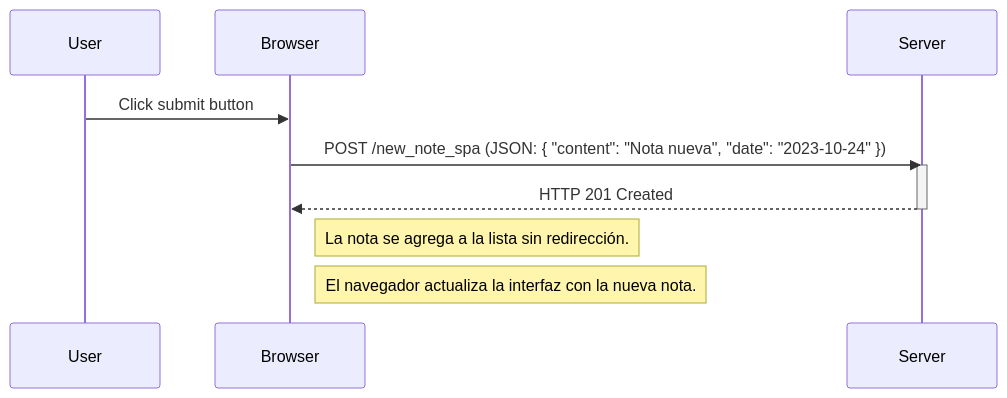
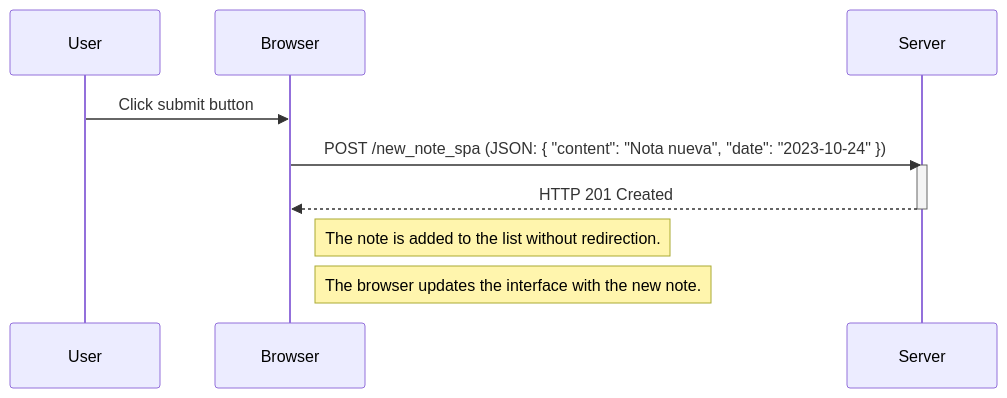
Before and after one commit to PabelH/FullStackOpenPart0: the diagram in 0.6.md, drawn with Mermaid. The commit also changed 1 other file, not shown here.

````diff
--- a/0.6.md
+++ b/0.6.md
@@ -1,16 +1,16 @@
 ```mermaid
 sequenceDiagram
     participant User
     participant Browser
     participant Server
 
     User->>Browser: Click submit button
     Browser->>Server: POST /new_note_spa (JSON: { "content": "Nota nueva", "date": "2023-10-24" })
     activate Server
     Server-->>Browser: HTTP 201 Created
     deactivate Server
 
-    Note right of Browser: La nota se agrega a la lista sin redirección.
+    Note right of Browser: The note is added to the list without redirection.
 
-    Note right of Browser: El navegador actualiza la interfaz con la nueva nota.
+    Note right of Browser: The browser updates the interface with the new note.
 ```
````
